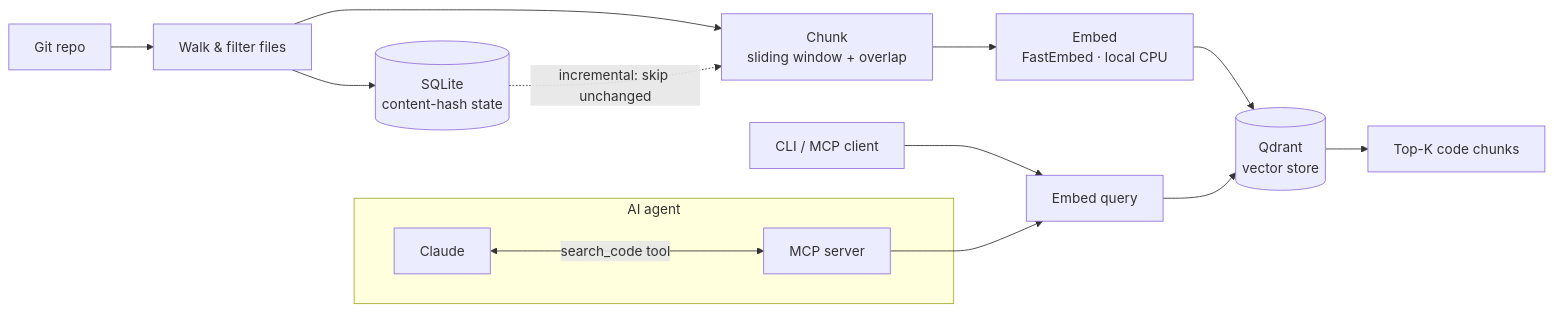
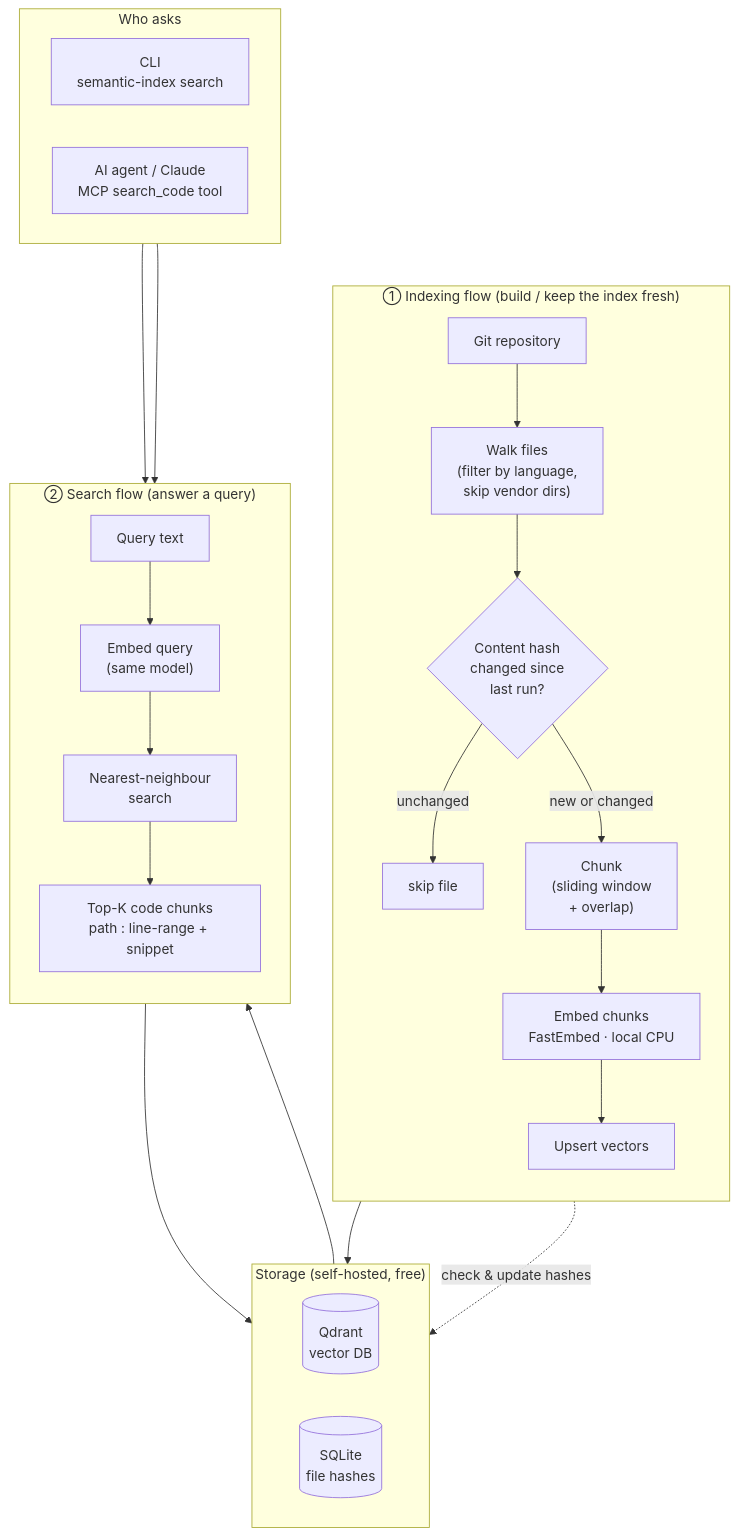
One commit to n1ra7/semantic-code-search changed the diagram in README.md. Above: the diagram before and after it, drawn with Mermaid. The commit also changed other lines of this file, not shown here.

Commit message:
docs: clearer two-flow architecture diagram (indexing + search)

````diff
--- a/README.md
+++ b/README.md
@@ -21,14 +23,38 @@
 ```mermaid
-flowchart LR
-    A[Git repo] --> B[Walk & filter files]
-    B --> C[Chunk<br/>sliding window + overlap]
-    C --> D[Embed<br/>FastEmbed · local CPU]
-    D --> E[(Qdrant<br/>vector store)]
-    B --> F[(SQLite<br/>content-hash state)]
-    F -.incremental: skip unchanged.-> C
-    G[CLI / MCP client] --> H[Embed query] --> E --> I[Top-K code chunks]
-    subgraph AI agent
-      J[Claude] <-->|search_code tool| K[MCP server]
+flowchart TB
+    subgraph INDEX ["① Indexing flow  (build / keep the index fresh)"]
+        direction TB
+        R["Git repository"] --> W["Walk files<br/>(filter by language,<br/>skip vendor dirs)"]
+        W --> CH{"Content hash<br/>changed since<br/>last run?"}
+        CH -->|"unchanged"| SKIP["skip file"]
+        CH -->|"new or changed"| CK["Chunk<br/>(sliding window<br/>+ overlap)"]
+        CK --> EM["Embed chunks<br/>FastEmbed · local CPU"]
+        EM --> UP["Upsert vectors"]
     end
-    K --> H
+
+    subgraph DATA ["Storage (self-hosted, free)"]
+        direction LR
+        QD[("Qdrant<br/>vector DB")]
+        SQ[("SQLite<br/>file hashes")]
+    end
+
+    subgraph SEARCH ["② Search flow  (answer a query)"]
+        direction TB
+        Qin["Query text"] --> QE["Embed query<br/>(same model)"]
+        QE --> KNN["Nearest-neighbour<br/>search"]
+        KNN --> OUT["Top-K code chunks<br/>path : line-range + snippet"]
+    end
+
+    subgraph USERS ["Who asks"]
+        direction LR
+        CLI["CLI<br/>semantic-index search"]
+        AGENT["AI agent / Claude<br/>MCP search_code tool"]
+    end
+
+    UP --> QD
+    CH -. "check & update hashes" .-> SQ
+    CLI --> Qin
+    AGENT --> Qin
+    QE --> QD
+    QD --> KNN
 ```
````
